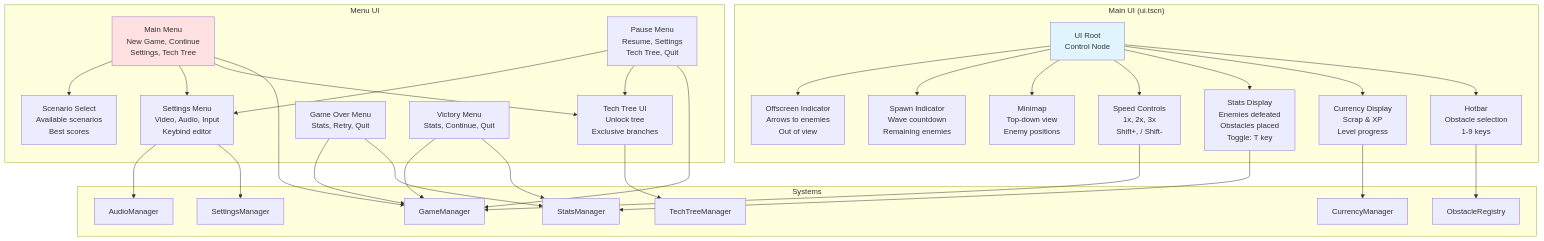
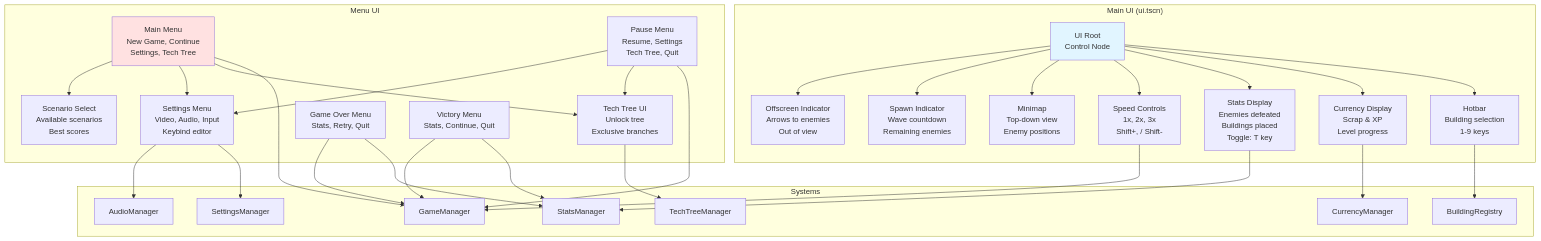
Before and after one commit to saebyn/godot-tower-defense: the sixth of 8 diagrams in docs/ARCHITECTURE.md, drawn with Mermaid. The commit also changed other lines of this file and 159 other files, not shown here.

First line of the commit message:
Rename Obstacle → Building identifiers across codebase (#347)

````diff
--- a/docs/ARCHITECTURE.md
+++ b/docs/ARCHITECTURE.md
@@ -410,81 +410,81 @@
 ```mermaid
 graph TB
     subgraph "Main UI (ui.tscn)"
         MainUI[UI Root<br/>Control Node]
         
-        Hotbar[Hotbar<br/>Obstacle selection<br/>1-9 keys]
+        Hotbar[Hotbar<br/>Building selection<br/>1-9 keys]
         
         CurrencyDisplay[Currency Display<br/>Scrap & XP<br/>Level progress]
         
-        StatsDisplay[Stats Display<br/>Enemies defeated<br/>Obstacles placed<br/>Toggle: T key]
+        StatsDisplay[Stats Display<br/>Enemies defeated<br/>Buildings placed<br/>Toggle: T key]
         
         SpeedControls[Speed Controls<br/>1x, 2x, 3x<br/>Shift+, / Shift-]
         
         Minimap[Minimap<br/>Top-down view<br/>Enemy positions]
         
         SpawnIndicator[Spawn Indicator<br/>Wave countdown<br/>Remaining enemies]
         
         OffscreenIndicator[Offscreen Indicator<br/>Arrows to enemies<br/>Out of view]
     end
     
     subgraph "Menu UI"
         MainMenu[Main Menu<br/>New Game, Continue<br/>Settings, Tech Tree]
         
         PauseMenu[Pause Menu<br/>Resume, Settings<br/>Tech Tree, Quit]
         
         ScenarioSelect[Scenario Select<br/>Available scenarios<br/>Best scores]
         
         TechTree[Tech Tree UI<br/>Unlock tree<br/>Exclusive branches]
         
         Settings[Settings Menu<br/>Video, Audio, Input<br/>Keybind editor]
         
         GameOver[Game Over Menu<br/>Stats, Retry, Quit]
         
         Victory[Victory Menu<br/>Stats, Continue, Quit]
     end
     
     subgraph "Systems"
         GM[GameManager]
         CM[CurrencyManager]
         SM[StatsManager]
         TTM[TechTreeManager]
-        OR[ObstacleRegistry]
+        OR[BuildingRegistry]
         AM[AudioManager]
         SetM[SettingsManager]
     end
     
     MainUI --> Hotbar
     MainUI --> CurrencyDisplay
     MainUI --> StatsDisplay
     MainUI --> SpeedControls
     MainUI --> Minimap
     MainUI --> SpawnIndicator
     MainUI --> OffscreenIndicator
     
     Hotbar --> OR
     CurrencyDisplay --> CM
     StatsDisplay --> SM
     SpeedControls --> GM
     
     MainMenu --> GM
     MainMenu --> TechTree
     MainMenu --> Settings
     MainMenu --> ScenarioSelect
     
     PauseMenu --> GM
     PauseMenu --> TechTree
     PauseMenu --> Settings
     
     TechTree --> TTM
     Settings --> SetM
     Settings --> AM
     
     GameOver --> SM
     GameOver --> GM
     
     Victory --> SM
     Victory --> GM
     
     style MainUI fill:#e1f5ff
     style MainMenu fill:#ffe1e1
 ```
````
